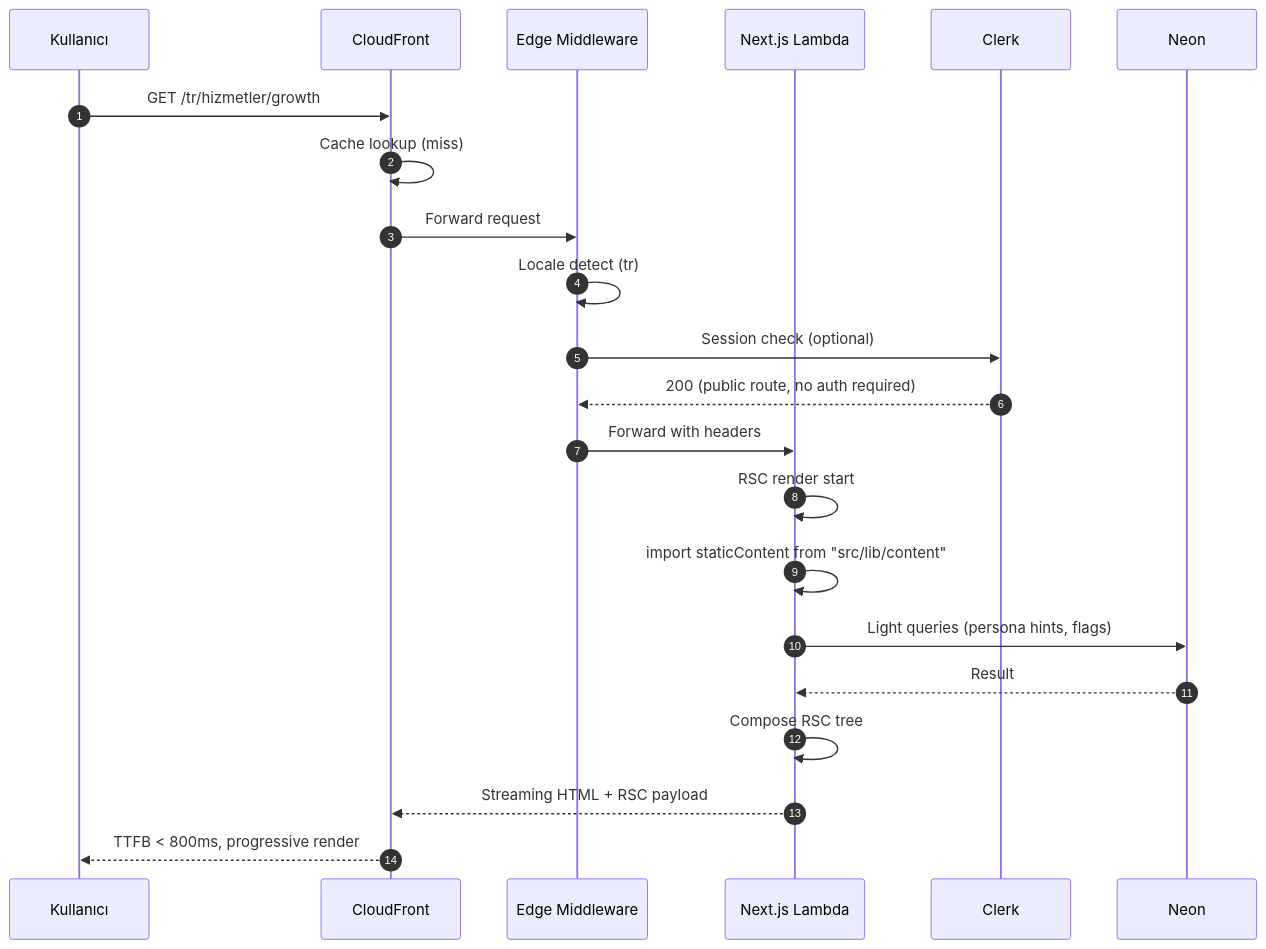
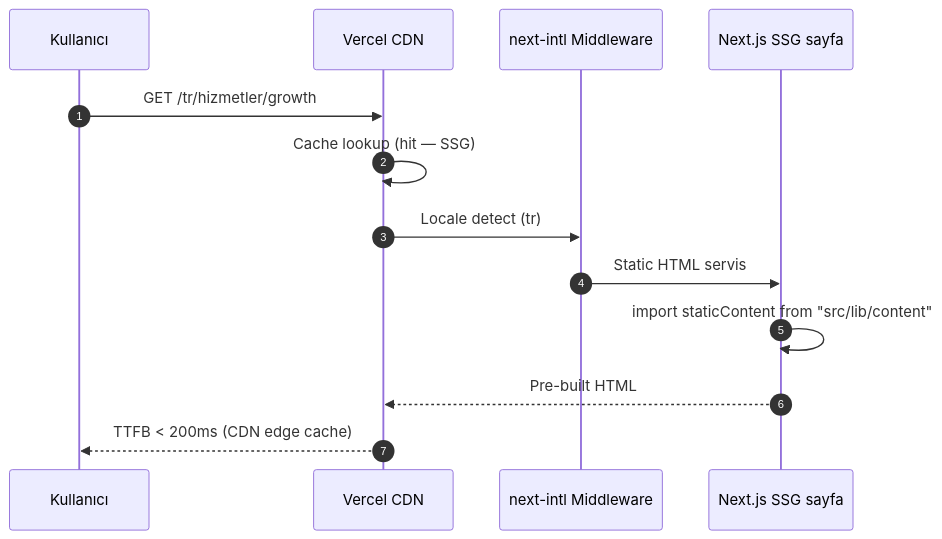
The second of 6 diagrams in docs/05-tech-architecture.md (burakardaozgul/indoles_new), drawn with Mermaid before and after one commit. The commit also changed other lines of this file, not shown here.

Commit message:
docs(arch): update tech-architecture for simplified stack

````diff
--- a/docs/05-tech-architecture.md
+++ b/docs/05-tech-architecture.md
@@ -143,25 +90,16 @@
 ```mermaid
 sequenceDiagram
   autonumber
   participant U as Kullanıcı
-  participant CF as CloudFront
-  participant MW as Edge Middleware
-  participant L as Next.js Lambda
-  participant Cl as Clerk
-  participant DB as Neon
+  participant V as Vercel CDN
+  participant MW as next-intl Middleware
+  participant L as Next.js SSG sayfa
 
-  U->>CF: GET /tr/hizmetler/growth
-  CF->>CF: Cache lookup (miss)
-  CF->>MW: Forward request
-  MW->>MW: Locale detect (tr)
-  MW->>Cl: Session check (optional)
-  Cl-->>MW: 200 (public route, no auth required)
-  MW->>L: Forward with headers
-  L->>L: RSC render start
+  U->>V: GET /tr/hizmetler/growth
+  V->>V: Cache lookup (hit — SSG)
+  V->>MW: Locale detect (tr)
+  MW->>L: Static HTML servis
   L->>L: import staticContent from "src/lib/content"
-  L->>DB: Light queries (persona hints, flags)
-  DB-->>L: Result
-  L->>L: Compose RSC tree
-  L-->>CF: Streaming HTML + RSC payload
-  CF-->>U: TTFB < 800ms, progressive render
+  L-->>V: Pre-built HTML
+  V-->>U: TTFB < 200ms (CDN edge cache)
 ```
````
